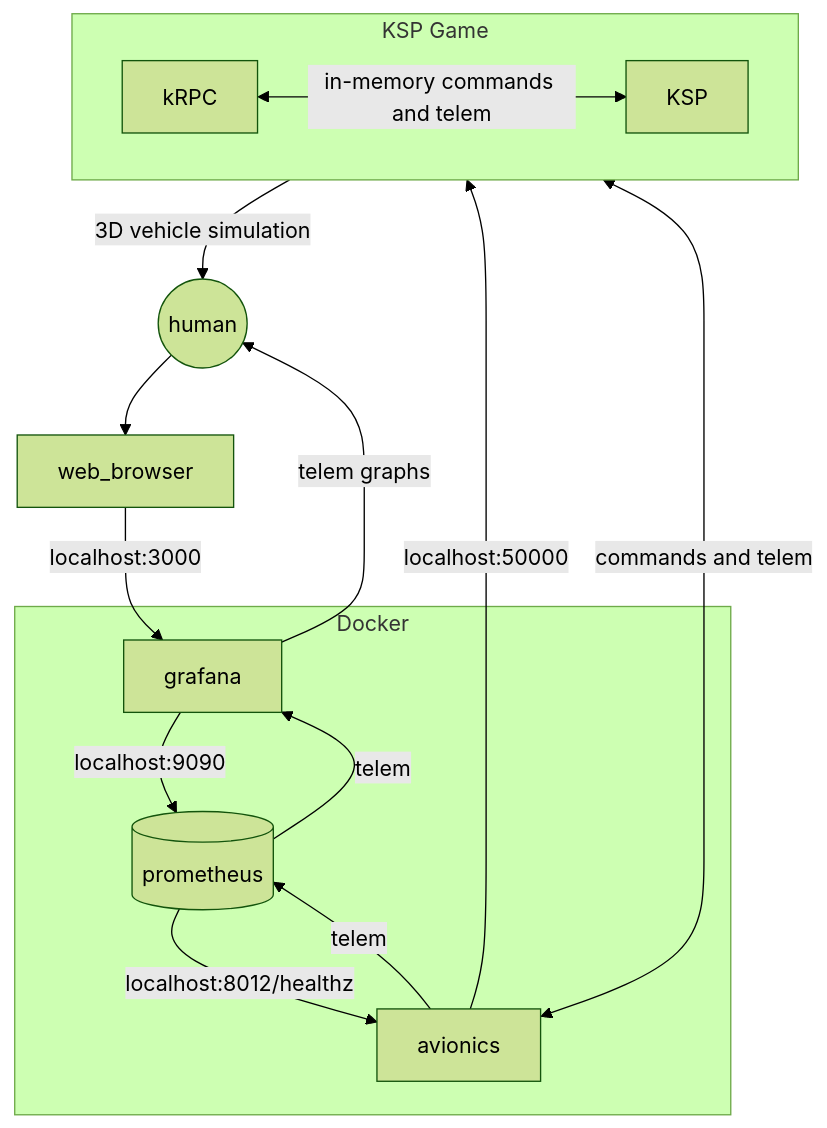
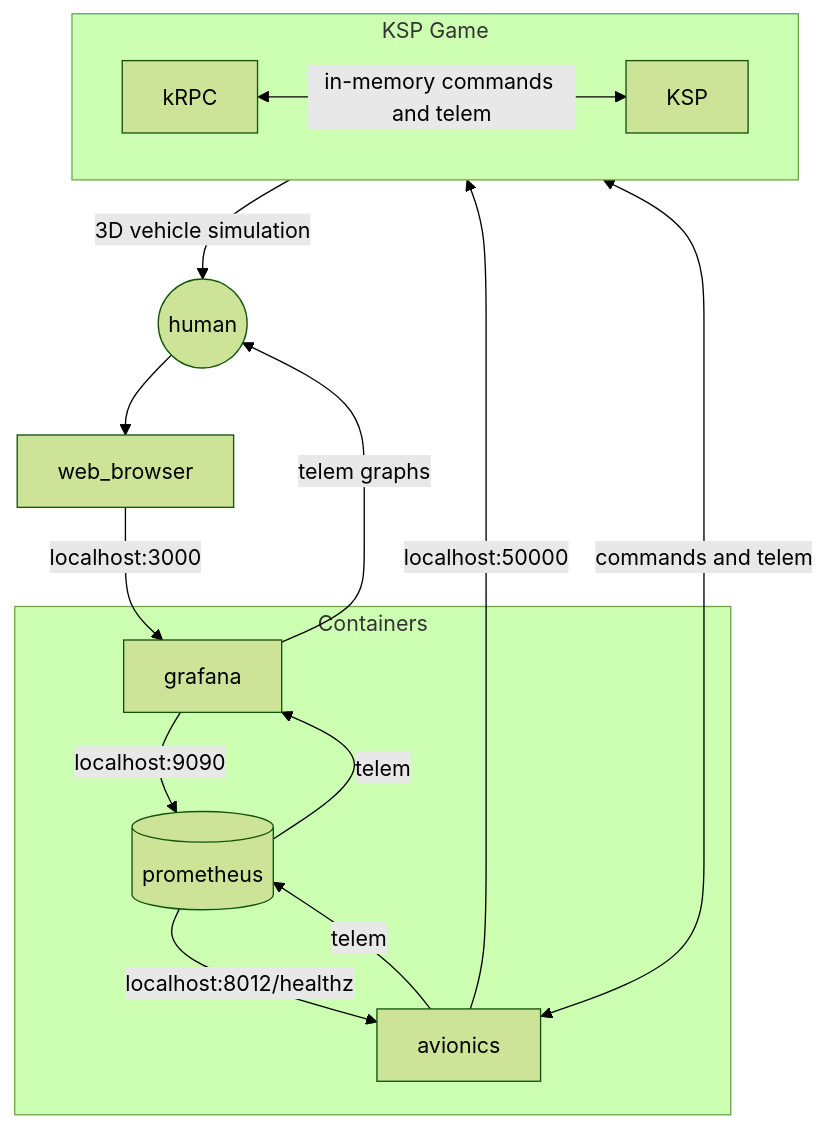
The diagram in README.md (i2ocketguy/ksp-krpc-rocket-avionics), drawn with Mermaid (forest theme) before and after one commit. The commit also changed other lines of this file and 2 other files, not shown here.

````diff
--- a/README.md
+++ b/README.md
@@ -29,32 +35,32 @@
 ```mermaid
 
 flowchart TB
   
   human((human))
   prometheus[(prometheus)]
   
-  subgraph Docker 
+  subgraph Containers 
       
       grafana
       prometheus
       avionics
   end
   
   subgraph KSP Game
       direction LR
       KSP
       kRPC
   end
     
   human --> web_browser -- localhost:3000  --> grafana -- localhost:9090 --> prometheus -- localhost:8012/healthz --> avionics
   avionics -- localhost:50000 --> kRPC <-- in-memory commands and telem--> KSP 
   
   grafana -- telem graphs --> human
   avionics -- telem --> prometheus
   prometheus -- telem --> grafana
   
   KSP -- 3D vehicle simulation --> human
   
   avionics <-- commands and telem --> kRPC
   
 ```
````
